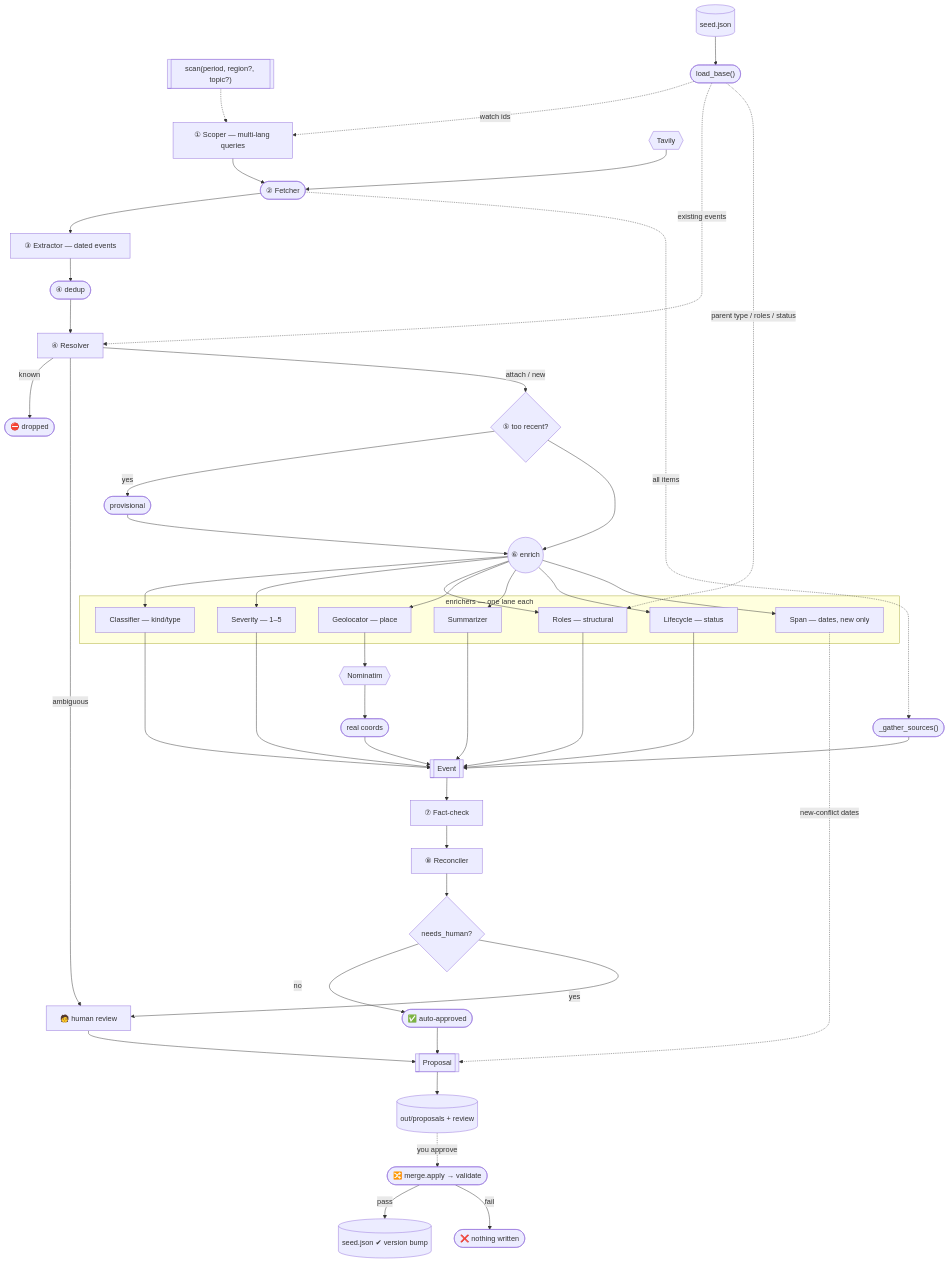
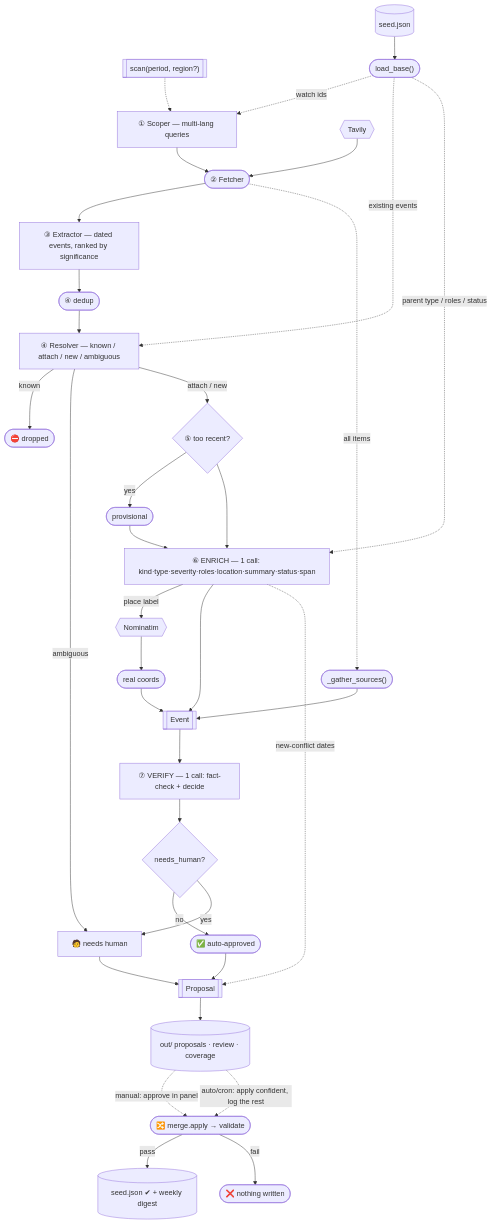
Before and after one commit to Yasserbhb/conflict-atlas: the diagram in ai-updater/PIPELINE_DIAGRAM.md, drawn with Mermaid. The commit also changed other lines of this file and 2 other files, not shown here.

````diff
--- a/ai-updater/PIPELINE_DIAGRAM.md
+++ b/ai-updater/PIPELINE_DIAGRAM.md
@@ -8,50 +8,45 @@
 ```mermaid
 flowchart TD
-    IN[["scan(period, region?, topic?)"]]
+    IN[["scan(period, region?)"]]
     SEED[("seed.json")] --> BASE(["load_base()"])
     IN -.-> SCOPER
     BASE -.->|watch ids| SCOPER
 
     SCOPER["① Scoper — multi-lang queries"] --> FETCH
     TAVILY{{Tavily}} --> FETCH(["② Fetcher"])
-    FETCH --> EXTRACT["③ Extractor — dated events"]
+    FETCH --> EXTRACT["③ Extractor — dated events, ranked by significance"]
     EXTRACT --> DEDUP(["④ dedup"])
-    DEDUP --> RESOLVE["④ Resolver"]
+    DEDUP --> RESOLVE["④ Resolver — known / attach / new / ambiguous"]
     BASE -.->|existing events| RESOLVE
 
     RESOLVE -->|known| DROP(["⛔ dropped"])
-    RESOLVE -->|ambiguous| HUMAN["🧑 human review"]
+    RESOLVE -->|ambiguous| HUMAN["🧑 needs human"]
     RESOLVE -->|attach / new| GATE{"⑤ too recent?"}
     GATE -->|yes| PROV(["provisional"])
-    GATE --> ENRICH(("⑥ enrich"))
+    GATE --> ENRICH
     PROV --> ENRICH
 
-    subgraph ENR["enrichers — one lane each"]
-        CLS["Classifier — kind/type"]
-        SEV["Severity — 1–5"]
-        ROL["Roles — structural"]
-        GEO["Geolocator — place"]
-        SUM["Summarizer"]
-        LIFE["Lifecycle — status"]
-        SPAN["Span — dates, new only"]
-    end
-    ENRICH --> CLS & SEV & ROL & GEO & SUM & LIFE & SPAN
-    BASE -.->|parent type / roles / status| ROL
-    GEO --> NOM{{Nominatim}} --> LOC(["real coords"])
+    ENRICH["⑥ ENRICH — 1 call: kind·type·severity·roles·location·summary·status·span"]
+    BASE -.->|parent type / roles / status| ENRICH
+    ENRICH -->|place label| NOM{{Nominatim}} --> LOC(["real coords"])
     FETCH -.->|all items| SRC(["_gather_sources()"])
+    ENRICH --> EVENT
+    LOC --> EVENT
+    SRC --> EVENT
+    EVENT[["Event"]]
 
-    EVENT[["Event"]]
-    CLS & SEV & ROL & LOC & SUM & SRC & LIFE --> EVENT
-    EVENT --> FC["⑦ Fact-check"] --> REC["⑧ Reconciler"] --> DEC{"needs_human?"}
+    EVENT --> VERIFY["⑦ VERIFY — 1 call: fact-check + decide"]
+    VERIFY --> DEC{"needs_human?"}
     DEC -->|no| AUTO(["✅ auto-approved"])
     DEC -->|yes| HUMAN
-
     AUTO --> PROP[["Proposal"]]
     HUMAN --> PROP
-    SPAN -.->|new-conflict dates| PROP
-    PROP --> OUT[("out/proposals + review")]
+    ENRICH -.->|new-conflict dates| PROP
+    PROP --> OUT[("out/ proposals · review · coverage")]
 
-    OUT -.->|you approve| MERGE(["🔀 merge.apply → validate"])
-    MERGE -->|pass| SEEDOUT[("seed.json ✔ version bump")]
+    OUT -.->|manual: approve in panel| MERGE
+    OUT -.->|auto/cron: apply confident, log the rest| MERGE
+    MERGE(["🔀 merge.apply → validate"])
+    MERGE -->|pass| SEEDOUT[("seed.json ✔ + weekly digest")]
     MERGE -->|fail| REJ(["❌ nothing written"])
 ```
````
